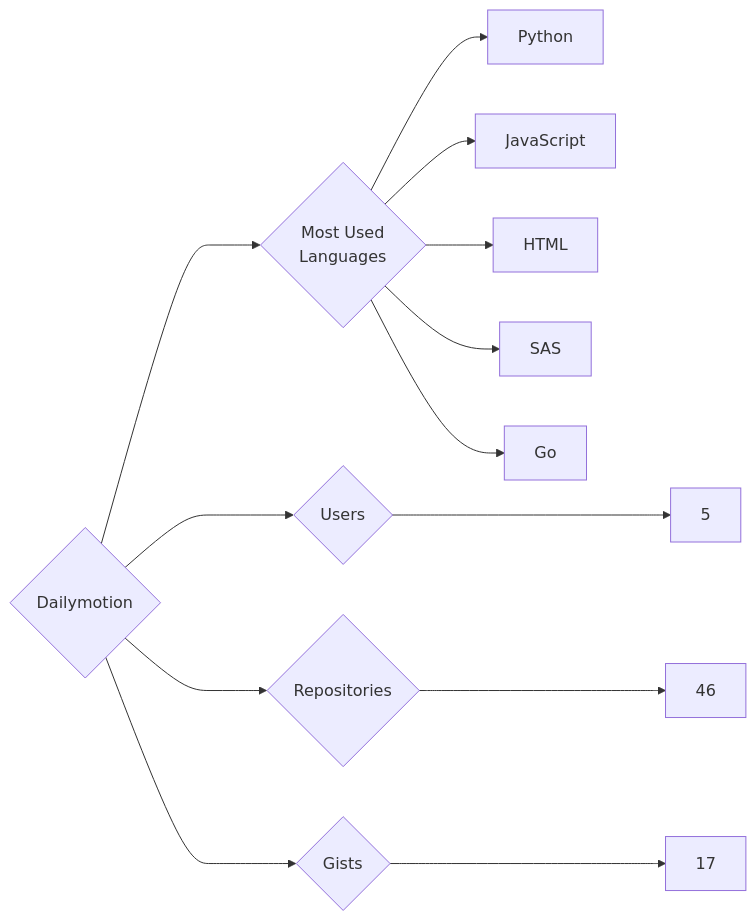
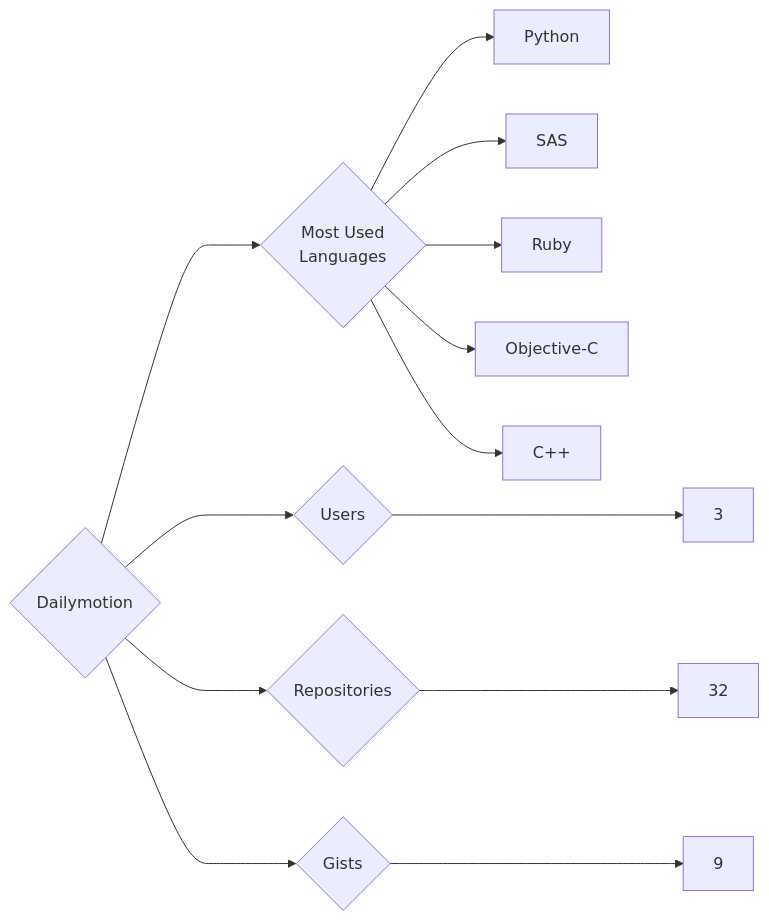
The diagram in targets/Dailymotion/README.md (trickest/insiders), drawn with Mermaid before and after one commit. The commit also changed 934 other files, not shown here.

````diff
--- a/targets/Dailymotion/README.md
+++ b/targets/Dailymotion/README.md
@@ -3,13 +3,13 @@
 ```mermaid
 graph LR
 COMPANY_NAME{Dailymotion}
-COMPANY_NAME ---> U{Users} ---> UN[5]
-COMPANY_NAME ---> R{Repositories} ---> RN[46]
-COMPANY_NAME ---> G{Gists} ---> GN[17]
+COMPANY_NAME ---> U{Users} ---> UN[3]
+COMPANY_NAME ---> R{Repositories} ---> RN[32]
+COMPANY_NAME ---> G{Gists} ---> GN[9]
 COMPANY_NAME ---> ML{Most Used<br>Languages}
 ML --> Python[Python]
-ML --> JavaScript[JavaScript]
-ML --> HTML[HTML]
 ML --> SAS[SAS]
-ML --> Go[Go]
+ML --> Ruby[Ruby]
+ML --> Objective-C[Objective-C]
+ML --> C++[C++]
 ```
````
